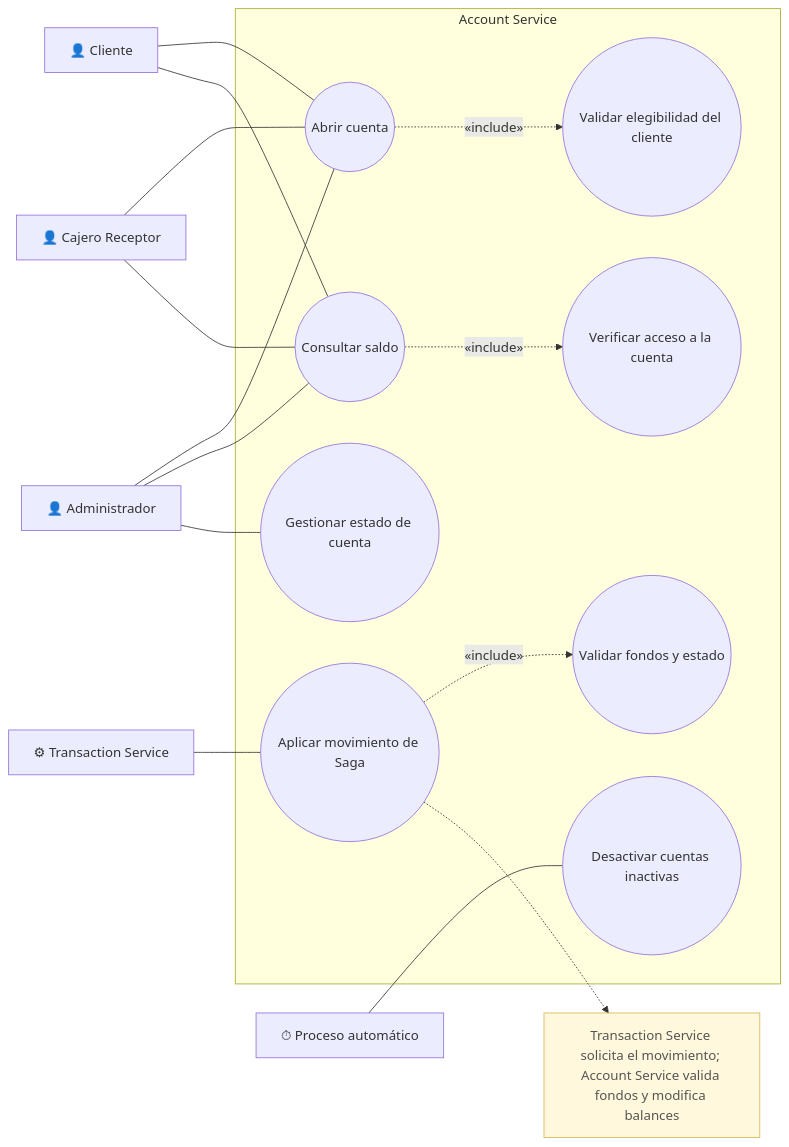
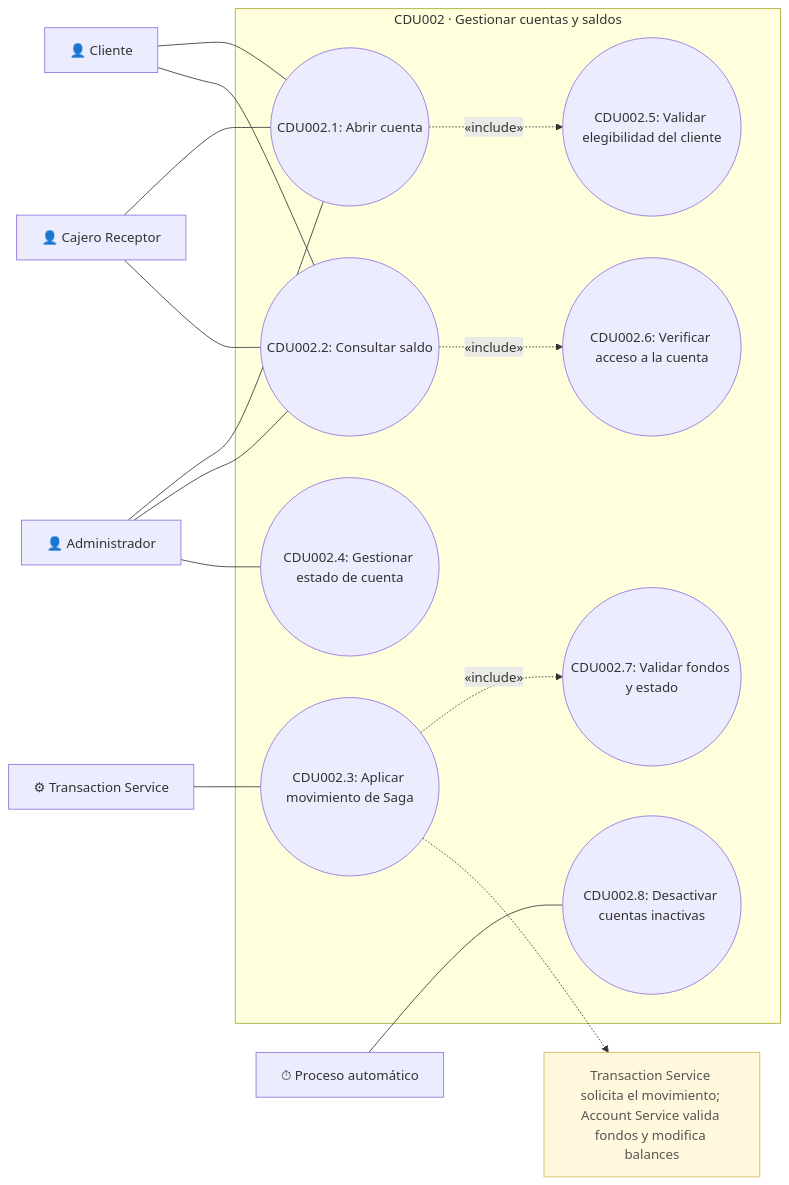
The diagram in docs/architecture/diagrams/cdu/account/account-casos-de-uso.mmd (marcosbondel/Proyecto-SA-B-2), drawn with Mermaid before and after one commit. The commit also changed 62 other files, not shown here.

Commit message:
Reorganize CDU diagrams by numbered use cases

```diff
--- a/docs/architecture/diagrams/cdu/account/account-casos-de-uso.mmd
+++ b/docs/architecture/diagrams/cdu/account/account-casos-de-uso.mmd
@@ -1,36 +1,36 @@
 flowchart LR
     client["👤 Cliente"]
     teller["👤 Cajero Receptor"]
     admin["👤 Administrador"]
     transactionService["⚙ Transaction Service"]
     scheduler["⏱ Proceso automático"]
 
-    subgraph account["Account Service"]
-        open(("Abrir cuenta"))
-        eligibility(("Validar elegibilidad del cliente"))
-        balance(("Consultar saldo"))
-        access(("Verificar acceso a la cuenta"))
-        movement(("Aplicar movimiento de Saga"))
-        funds(("Validar fondos y estado"))
-        status(("Gestionar estado de cuenta"))
-        automatic(("Desactivar cuentas inactivas"))
+    subgraph account["CDU002 · Gestionar cuentas y saldos"]
+        open(("CDU002.1: Abrir cuenta"))
+        balance(("CDU002.2: Consultar saldo"))
+        movement(("CDU002.3: Aplicar movimiento de Saga"))
+        status(("CDU002.4: Gestionar estado de cuenta"))
+        eligibility(("CDU002.5: Validar elegibilidad del cliente"))
+        access(("CDU002.6: Verificar acceso a la cuenta"))
+        funds(("CDU002.7: Validar fondos y estado"))
+        automatic(("CDU002.8: Desactivar cuentas inactivas"))
     end
 
     client --- open
     client --- balance
     teller --- open
     teller --- balance
     admin --- open
     admin --- balance
     admin --- status
     transactionService --- movement
     scheduler --- automatic
 
     open -. "«include»" .-> eligibility
     balance -. "«include»" .-> access
     movement -. "«include»" .-> funds
 
     note["Transaction Service solicita el movimiento; Account Service valida fondos y modifica balances"]:::note
     movement -.-> note
 
     classDef note fill:#FFF8DC,stroke:#D6B656,color:#555555;
```
